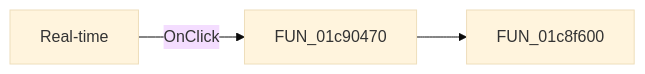
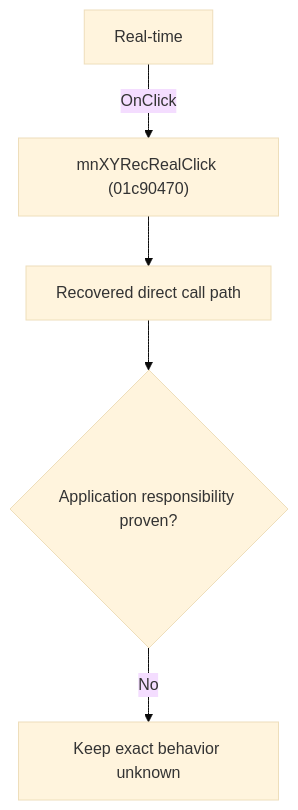
One commit to MovGP0/TIARA changed the diagram in docs/ui-controls/schematiceditor/mnxyrecreal-71f33d7ef4.md. Above: the diagram before and after it, drawn with Mermaid (base theme). The commit also changed other lines of this file and 1062 other files, not shown here.

````diff
--- a/docs/ui-controls/schematiceditor/mnxyrecreal-71f33d7ef4.md
+++ b/docs/ui-controls/schematiceditor/mnxyrecreal-71f33d7ef4.md
@@ -27,5 +27,7 @@
 ```mermaid
-flowchart LR
-    control["Real-time"] -->|OnClick| handler["FUN_01c90470"]
-    handler --> call1["FUN_01c8f600"]
+flowchart TD
+    control["Real-time"] -->|"OnClick"| handler["mnXYRecRealClick (01c90470)"]
+    handler --> recovered["Recovered direct call path"]
+    recovered --> gap{"Application responsibility proven?"}
+    gap -->|"No"| blocked["Keep exact behavior unknown"]
 ```
````
